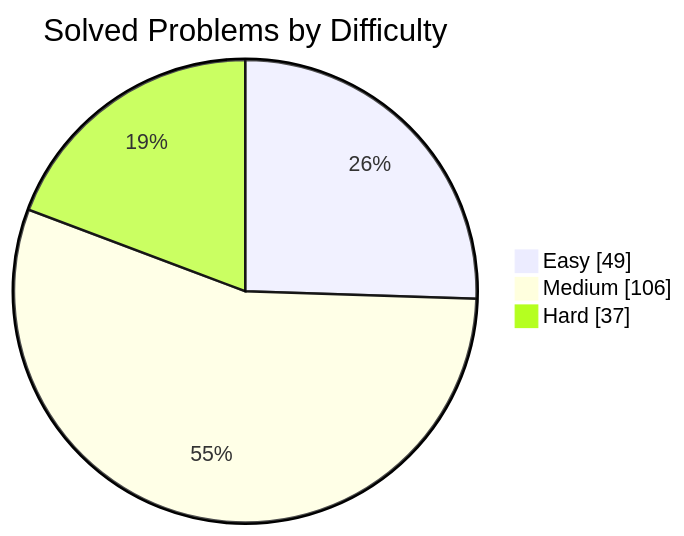
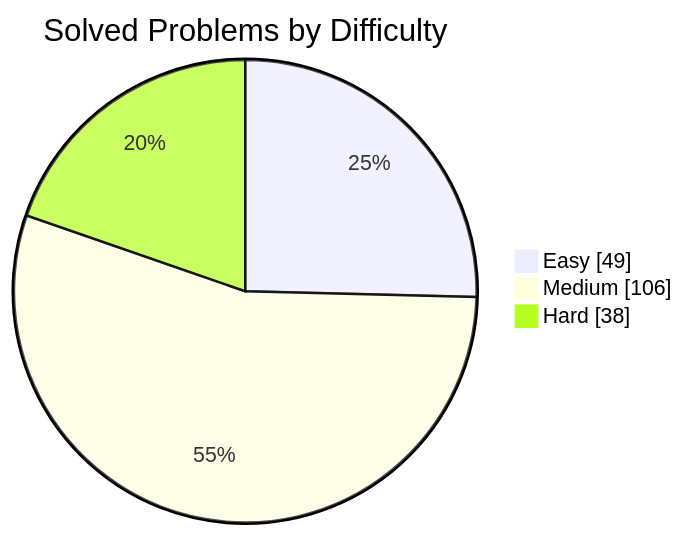
One commit to manikantbindass/DSA-Preparation-FAANG changed the first of 2 diagrams in README.md. Above: the diagram before and after it, drawn with Mermaid. The commit also changed other lines of this file, not shown here.

````diff
--- a/README.md
+++ b/README.md
@@ -38,7 +38,7 @@
 ```mermaid
 pie showData
     title Solved Problems by Difficulty
     "Easy" : 49
     "Medium" : 106
-    "Hard" : 37
+    "Hard" : 38
 ```
````
